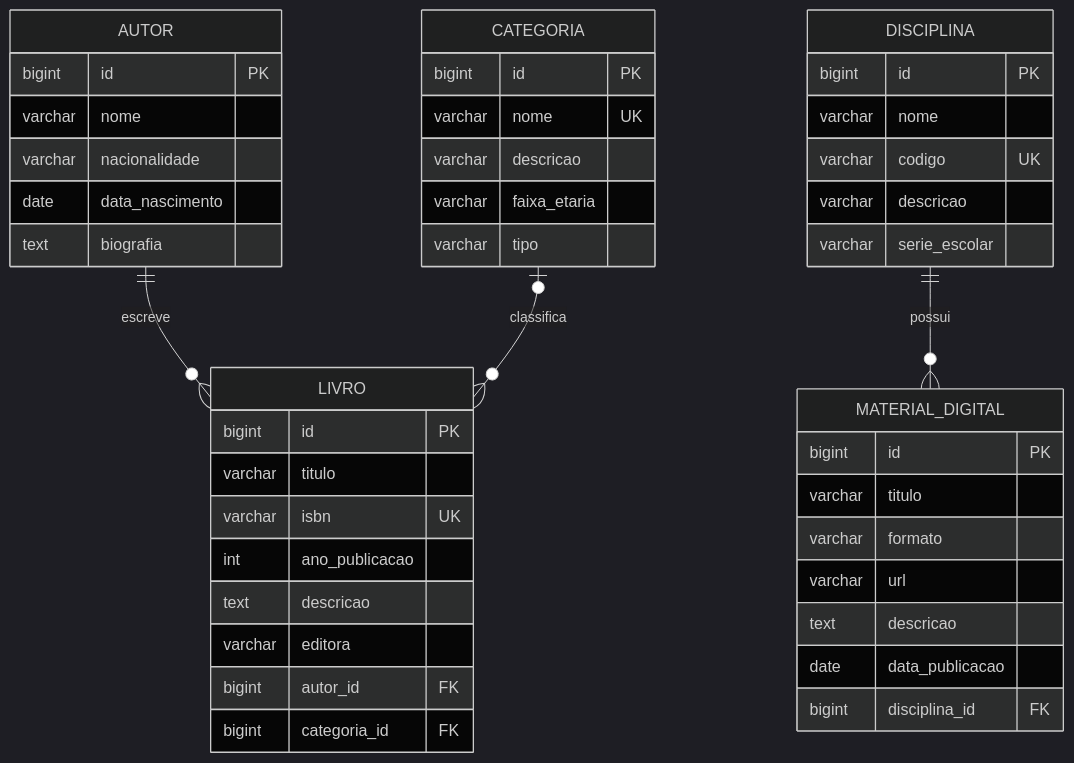
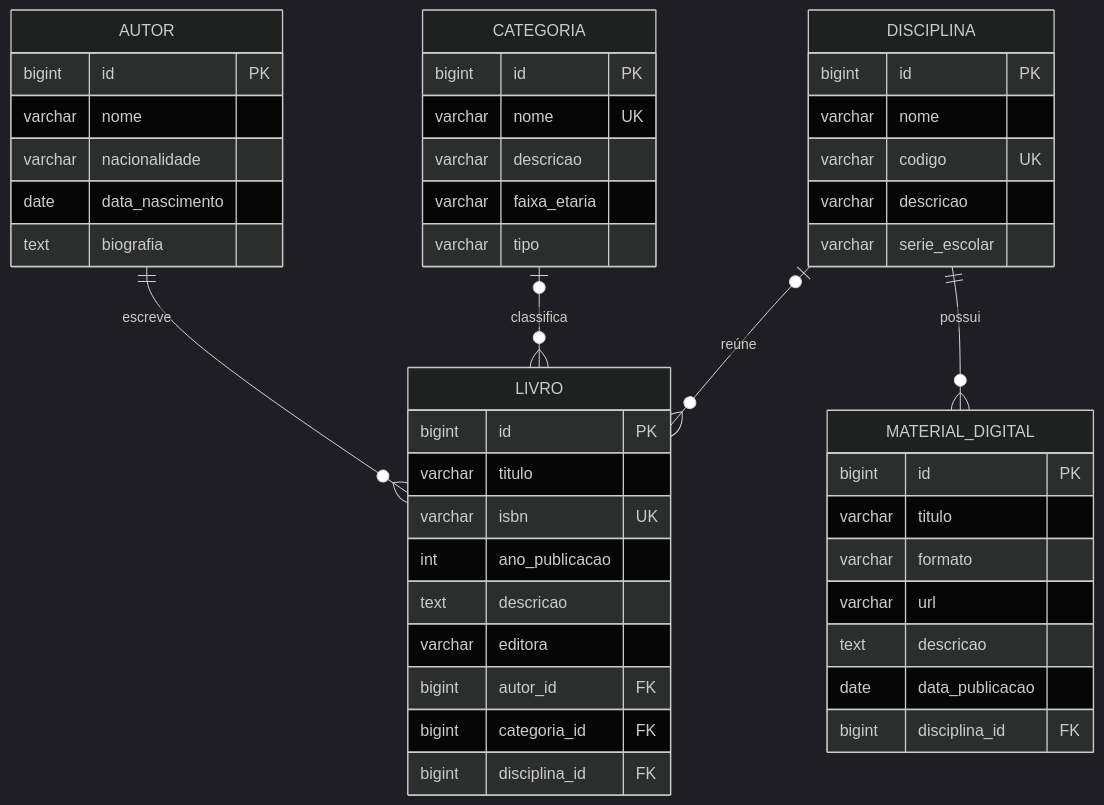
One commit to isabelaohanadev/classbook changed the diagram in docs/MODELAGEM.md. Above: the diagram before and after it, drawn with Mermaid (dark theme). The commit also changed other lines of this file and 36 other files, not shown here.

First line of the commit message:
feat: liga o livro a uma disciplina (opcional)

````diff
--- a/docs/MODELAGEM.md
+++ b/docs/MODELAGEM.md
@@ -151,47 +165,49 @@
 ```mermaid
 erDiagram
     AUTOR ||--o{ LIVRO : "escreve"
     CATEGORIA |o--o{ LIVRO : "classifica"
+    DISCIPLINA |o--o{ LIVRO : "reúne"
     DISCIPLINA ||--o{ MATERIAL_DIGITAL : "possui"
 
     AUTOR {
         bigint id PK
         varchar nome
         varchar nacionalidade
         date data_nascimento
         text biografia
     }
     LIVRO {
         bigint id PK
         varchar titulo
         varchar isbn UK
         int ano_publicacao
         text descricao
         varchar editora
         bigint autor_id FK
         bigint categoria_id FK
+        bigint disciplina_id FK
     }
     CATEGORIA {
         bigint id PK
         varchar nome UK
         varchar descricao
         varchar faixa_etaria
         varchar tipo
     }
     DISCIPLINA {
         bigint id PK
         varchar nome
         varchar codigo UK
         varchar descricao
         varchar serie_escolar
     }
     MATERIAL_DIGITAL {
         bigint id PK
         varchar titulo
         varchar formato
         varchar url
         text descricao
         date data_publicacao
         bigint disciplina_id FK
     }
 ```
````
